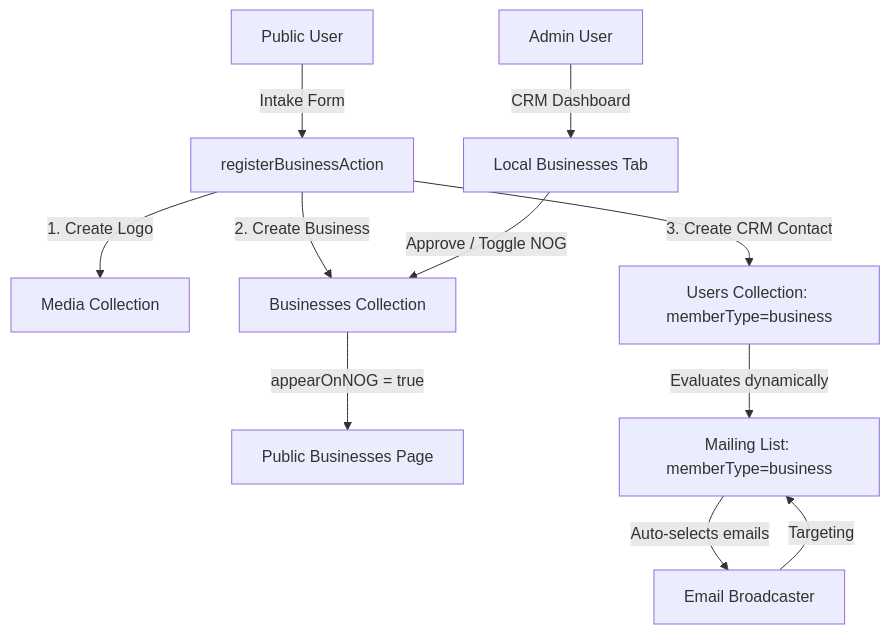
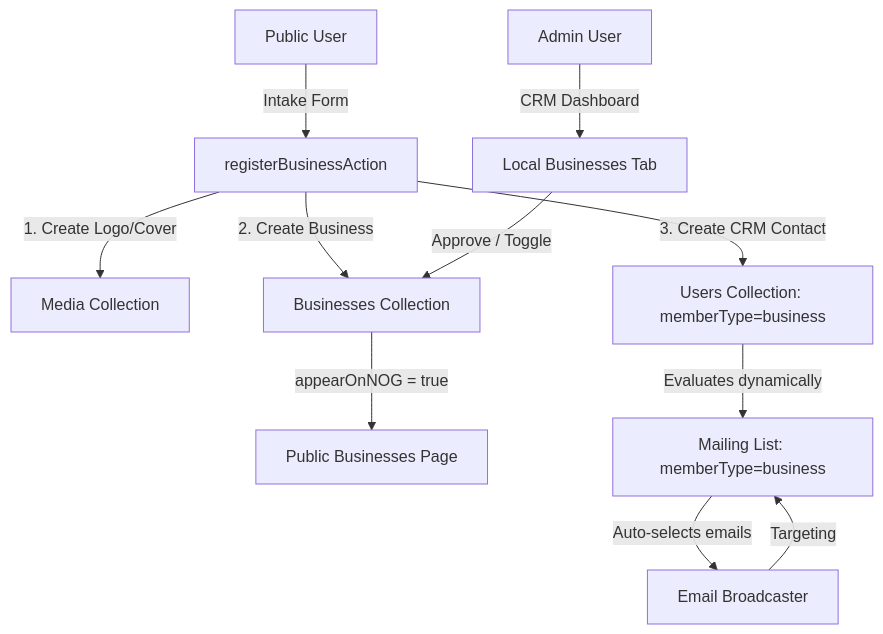
The diagram in apps/payload-web/docs/crm/businesses_directory_and_crm.md (MyNeighborhod/blockvibe-monorepo), drawn with Mermaid before and after one commit. The commit also changed other lines of this file and 53 other files, not shown here.

````diff
--- a/apps/payload-web/docs/crm/businesses_directory_and_crm.md
+++ b/apps/payload-web/docs/crm/businesses_directory_and_crm.md
@@ -20,16 +22,16 @@
 ```mermaid
 flowchart TD
     User[Public User] -->|Intake Form| Register[registerBusinessAction]
-    Register -->|1. Create Logo| MediaCollection[Media Collection]
+    Register -->|1. Create Logo/Cover| MediaCollection[Media Collection]
     Register -->|2. Create Business| BusinessCollection[Businesses Collection]
     Register -->|3. Create CRM Contact| UserCollection[Users Collection: memberType=business]
     
     Admin[Admin User] -->|CRM Dashboard| CRMTab[Local Businesses Tab]
-    CRMTab -->|Approve / Toggle NOG| BusinessCollection
+    CRMTab -->|Approve / Toggle| BusinessCollection
     
     BusinessCollection -->|appearOnNOG = true| PublicPage[Public Businesses Page]
     
     Broadcaster[Email Broadcaster] -->|Targeting| ListFilter[Mailing List: memberType=business]
     UserCollection -->|Evaluates dynamically| ListFilter
     ListFilter -->|Auto-selects emails| Broadcaster
 ```
````
